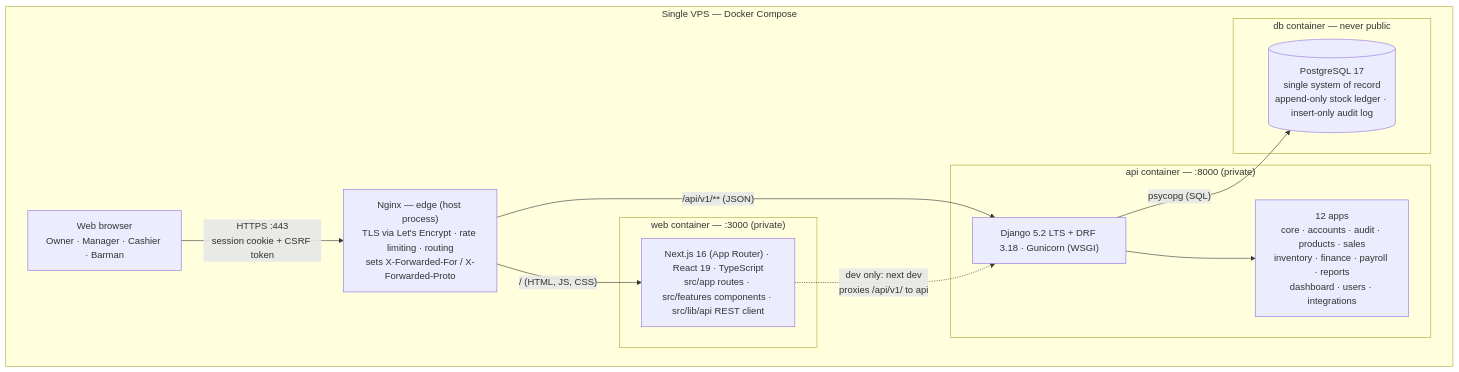
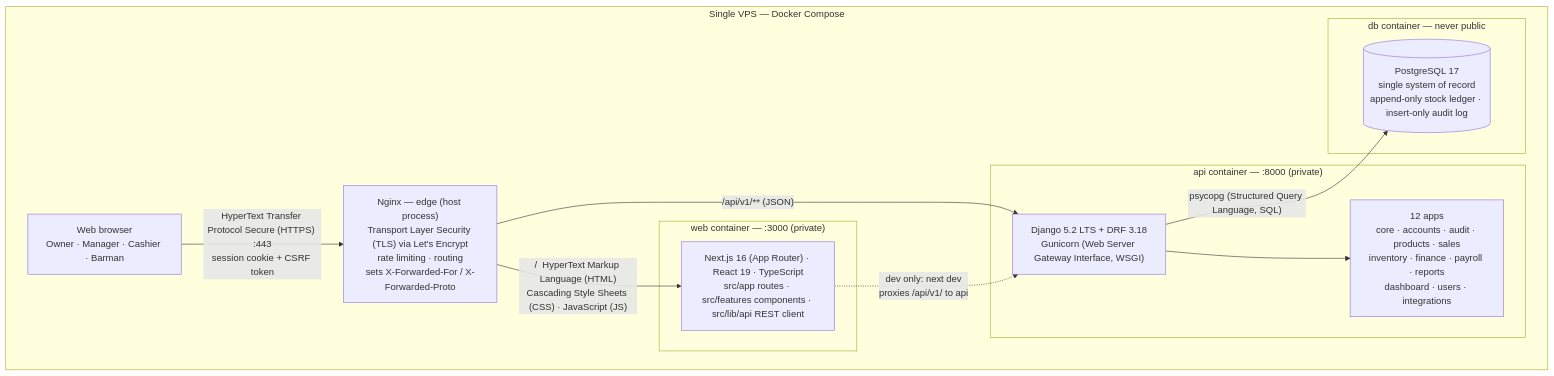
One commit to NahumDm/barkot_internal_system changed the diagram in README.md. Above: the diagram before and after it, drawn with Mermaid. The commit also changed other lines of this file, not shown here.

````diff
--- a/README.md
+++ b/README.md
@@ -105,28 +106,28 @@
 ```mermaid
 flowchart TD
     Browser["Web browser<br/>Owner · Manager · Cashier · Barman"]
 
     subgraph VPS["Single VPS — Docker Compose"]
-        Nginx["Nginx — edge (host process)<br/>TLS via Let's Encrypt · rate limiting · routing<br/>sets X-Forwarded-For / X-Forwarded-Proto"]
+        Nginx["Nginx — edge (host process)<br/>Transport Layer Security (TLS) via Let's Encrypt<br/>rate limiting · routing<br/>sets X-Forwarded-For / X-Forwarded-Proto"]
 
         subgraph WebC["web container — :3000 (private)"]
             Next["Next.js 16 (App Router) · React 19 · TypeScript<br/>src/app routes · src/features components · src/lib/api REST client"]
         end
 
         subgraph ApiC["api container — :8000 (private)"]
-            Django["Django 5.2 LTS + DRF 3.18 · Gunicorn (WSGI)"]
+            Django["Django 5.2 LTS + DRF 3.18<br/>Gunicorn (Web Server Gateway Interface, WSGI)"]
             Apps["12 apps<br/>core · accounts · audit · products · sales<br/>inventory · finance · payroll · reports<br/>dashboard · users · integrations"]
         end
 
         subgraph DbC["db container — never public"]
             PG[("PostgreSQL 17<br/>single system of record<br/>append-only stock ledger · insert-only audit log")]
         end
 
-        Browser -->|"HTTPS :443<br/>session cookie + CSRF token"| Nginx
-        Nginx -->|"/  (HTML, JS, CSS)"| Next
+        Browser -->|"HyperText Transfer Protocol Secure (HTTPS) :443<br/>session cookie + CSRF token"| Nginx
+        Nginx -->|"/  HyperText Markup Language (HTML)<br/>Cascading Style Sheets (CSS) · JavaScript (JS)"| Next
         Nginx -->|"/api/v1/**  (JSON)"| Django
         Django --> Apps
-        Django -->|"psycopg (SQL)"| PG
+        Django -->|"psycopg (Structured Query Language, SQL)"| PG
         Next -.->|"dev only: next dev<br/>proxies /api/v1/ to api"| Django
     end
 ```
````
